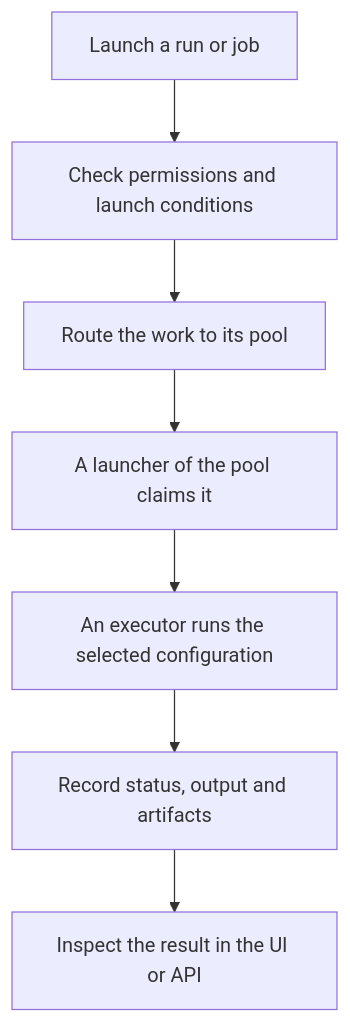
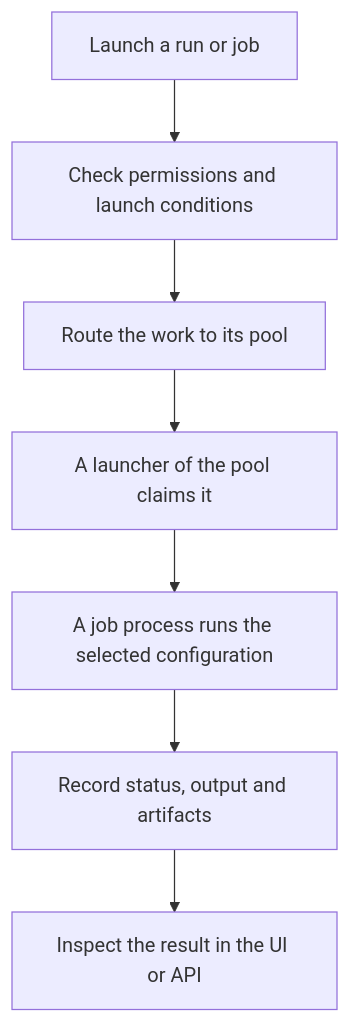
One commit to vhco-pro/stackweaver-frontend changed the second of 2 diagrams in docs/architecture/README.md. Above: the diagram before and after it, drawn with Mermaid. The commit also changed other lines of this file and 100 other files, not shown here.

````diff
--- a/docs/architecture/README.md
+++ b/docs/architecture/README.md
@@ -91,9 +91,9 @@
 ```mermaid
 flowchart TB
     Launch["Launch a run or job"] --> Checks["Check permissions and launch conditions"]
     Checks --> Pending["Route the work to its pool"]
     Pending --> Claim["A launcher of the pool claims it"]
-    Claim --> Execute["An executor runs the selected configuration"]
+    Claim --> Execute["A job process runs the selected configuration"]
     Execute --> Result["Record status, output and artifacts"]
     Result --> Inspect["Inspect the result in the UI or API"]
 ```
````
